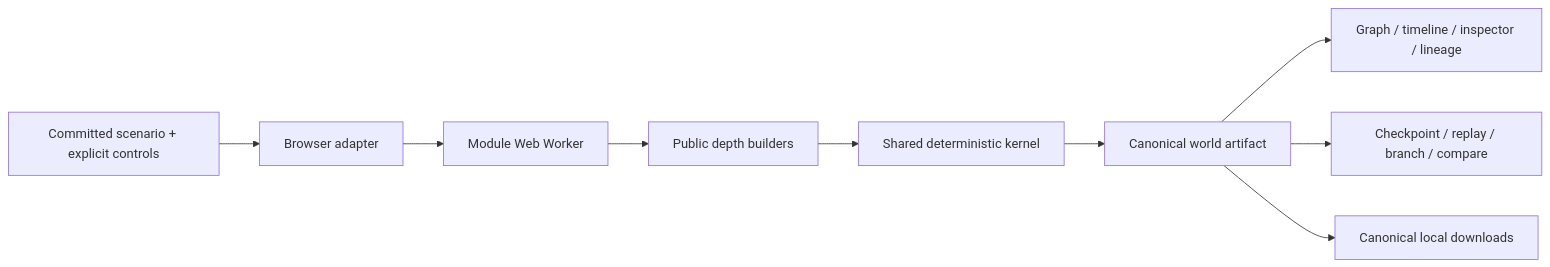
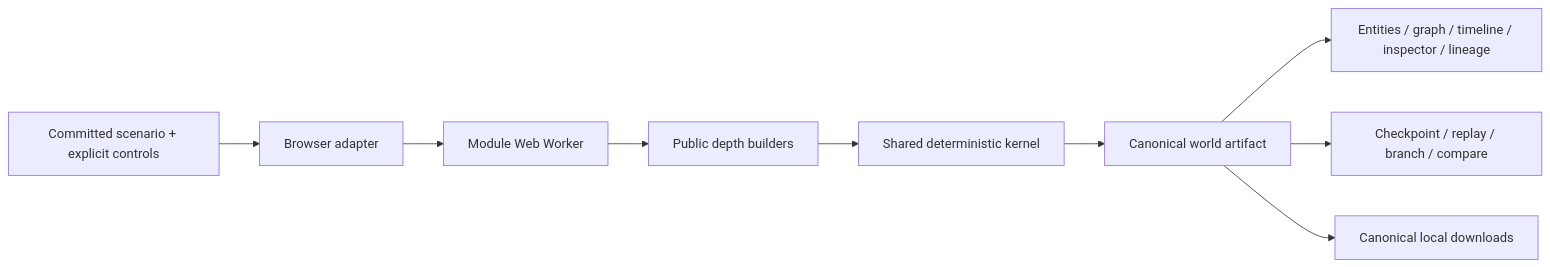
The fifth of 7 diagrams in docs/ARCHITECTURE.md (thedanieltan/aether-simulator), drawn with Mermaid before and after one commit. The commit also changed other lines of this file and 23 other files, not shown here.

````diff
--- a/docs/ARCHITECTURE.md
+++ b/docs/ARCHITECTURE.md
@@ -172,11 +172,11 @@
 ```mermaid
 flowchart LR
   Form["Committed scenario + explicit controls"] --> Adapter["Browser adapter"]
   Adapter --> Worker["Module Web Worker"]
   Worker --> Builders["Public depth builders"]
   Builders --> Kernel["Shared deterministic kernel"]
   Kernel --> Artifact["Canonical world artifact"]
-  Artifact --> Views["Graph / timeline / inspector / lineage"]
+  Artifact --> Views["Entities / graph / timeline / inspector / lineage"]
   Artifact --> Lifecycle["Checkpoint / replay / branch / compare"]
   Artifact --> Downloads["Canonical local downloads"]
 ```
````
